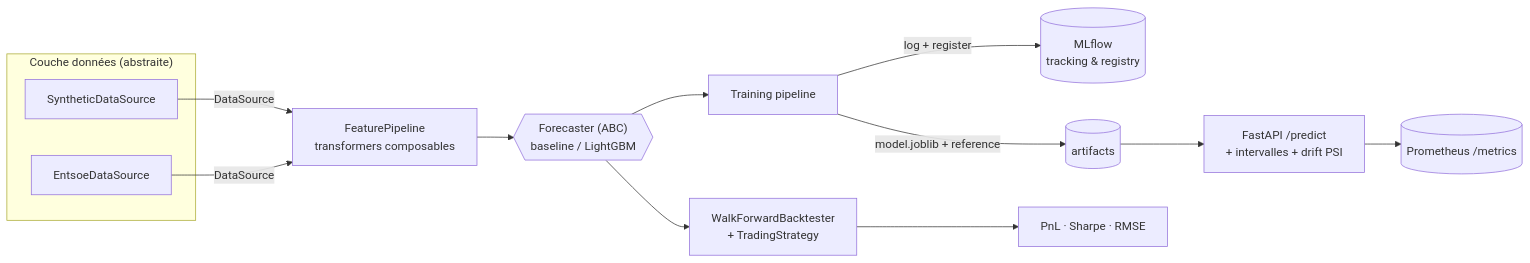
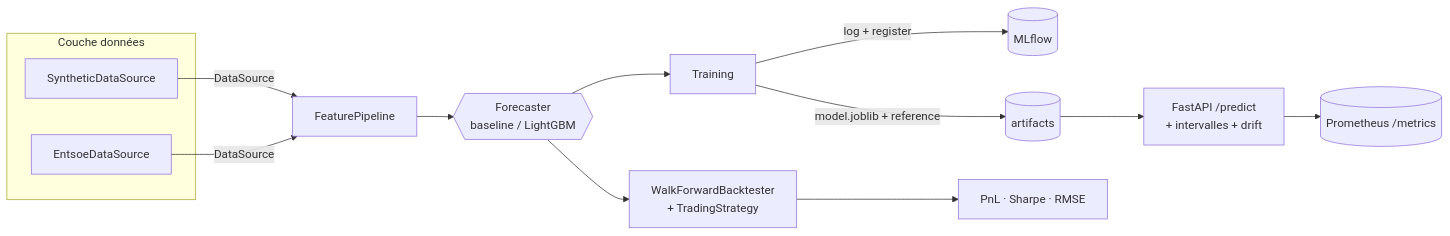
Before and after one commit to Hamoud2345/from_MLresearch_to_prod: the diagram in README.md, drawn with Mermaid. The commit also changed other lines of this file and 31 other files, not shown here.

````diff
--- a/README.md
+++ b/README.md
@@ -30,16 +15,16 @@
 ```mermaid
 flowchart LR
-    subgraph Sources["Couche données (abstraite)"]
+    subgraph Sources["Couche données"]
         S1[SyntheticDataSource]
         S2[EntsoeDataSource]
     end
-    S1 & S2 -->|DataSource| FE[FeaturePipeline<br/>transformers composables]
-    FE --> M{{"Forecaster (ABC)<br/>baseline / LightGBM"}}
+    S1 & S2 -->|DataSource| FE[FeaturePipeline]
+    FE --> M{{"Forecaster<br/>baseline / LightGBM"}}
     M --> BT[WalkForwardBacktester<br/>+ TradingStrategy]
-    M --> TR[Training pipeline]
-    TR -->|log + register| ML[(MLflow<br/>tracking & registry)]
+    M --> TR[Training]
+    TR -->|log + register| ML[(MLflow)]
     TR -->|model.joblib + reference| ART[(artifacts)]
-    ART --> API[FastAPI /predict<br/>+ intervalles + drift PSI]
+    ART --> API[FastAPI /predict<br/>+ intervalles + drift]
     API --> PROM[(Prometheus /metrics)]
     BT --> REP[PnL · Sharpe · RMSE]
 ```
````
